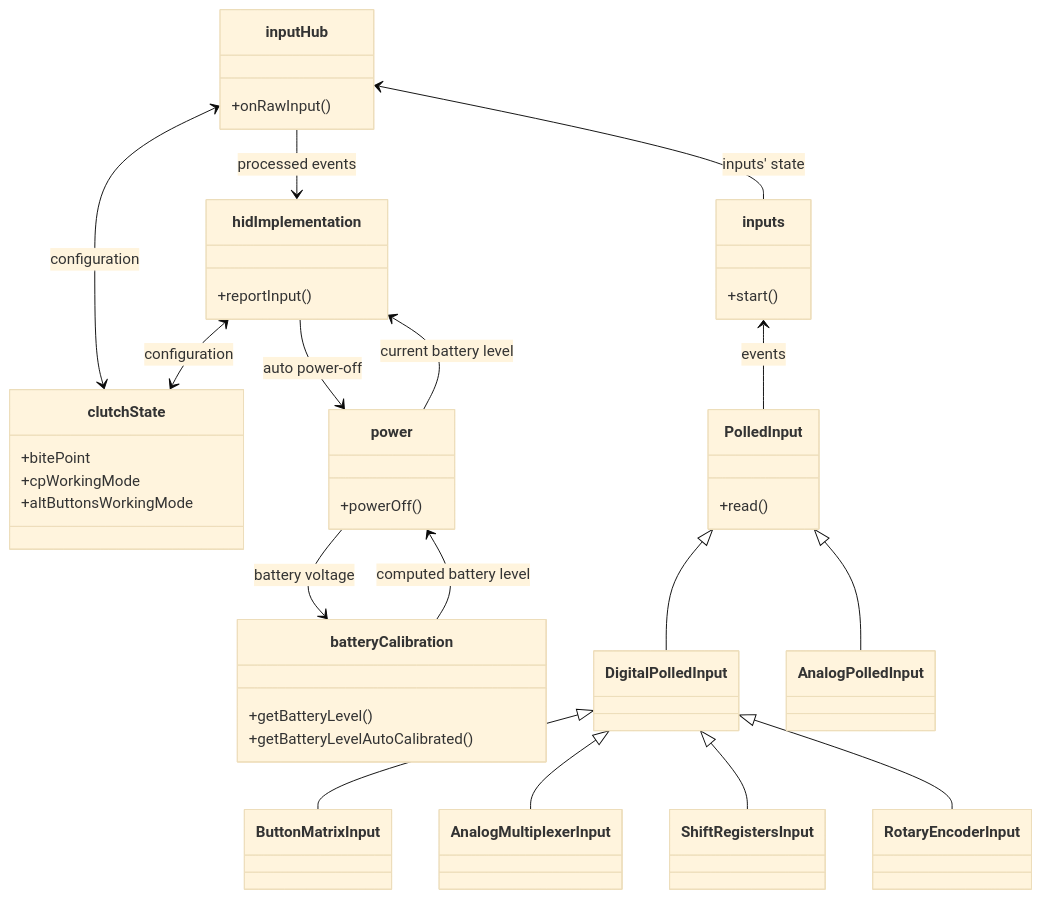
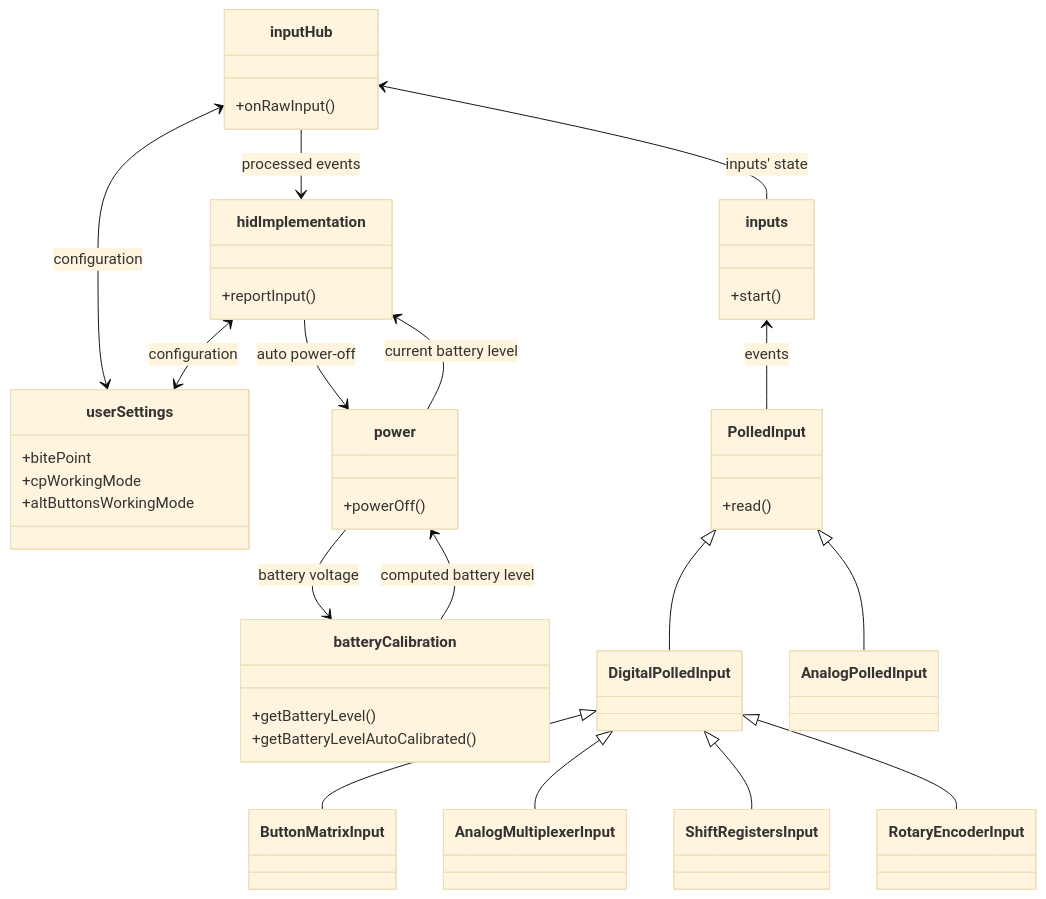
Before and after one commit to afpineda/OpenSourceSimWheelESP32: the first of 3 diagrams in doc/firmware/FirmwareArchitecture_en.md, drawn with Mermaid (base theme). The commit also changed other lines of this file and 50 other files, not shown here.

Commit message:
clutchState now is userSettings

````diff
--- a/doc/firmware/FirmwareArchitecture_en.md
+++ b/doc/firmware/FirmwareArchitecture_en.md
@@ -59,43 +59,43 @@
 ```mermaid
 classDiagram
     class RotaryEncoderInput
     class inputs {
       +start()
     }
     class inputHub {
       +onRawInput()
     }
-    class clutchState {
+    class userSettings {
       +bitePoint
       +cpWorkingMode
       +altButtonsWorkingMode
     }
     class hidImplementation {
       +reportInput()
     }
     class power {
       +powerOff()
     }
     class batteryCalibration {
       +getBatteryLevel()
       +getBatteryLevelAutoCalibrated()
     }
     class PolledInput {
       +read()
     }
     inputHub <-- inputs: inputs' state
     inputs <-- PolledInput: events
     DigitalPolledInput <|-- ButtonMatrixInput
     DigitalPolledInput <|-- AnalogMultiplexerInput
     DigitalPolledInput <|-- ShiftRegistersInput
     DigitalPolledInput <|-- RotaryEncoderInput
     PolledInput <|-- DigitalPolledInput
     PolledInput <|-- AnalogPolledInput
-    inputHub <--> clutchState: configuration
+    inputHub <--> userSettings: configuration
     inputHub --> hidImplementation: processed events
-    hidImplementation <--> clutchState: configuration
+    hidImplementation <--> userSettings: configuration
     hidImplementation --> power: auto power-off
     hidImplementation <-- power: current battery level
     power --> batteryCalibration: battery voltage
     power <-- batteryCalibration: computed battery level
 ```
````
